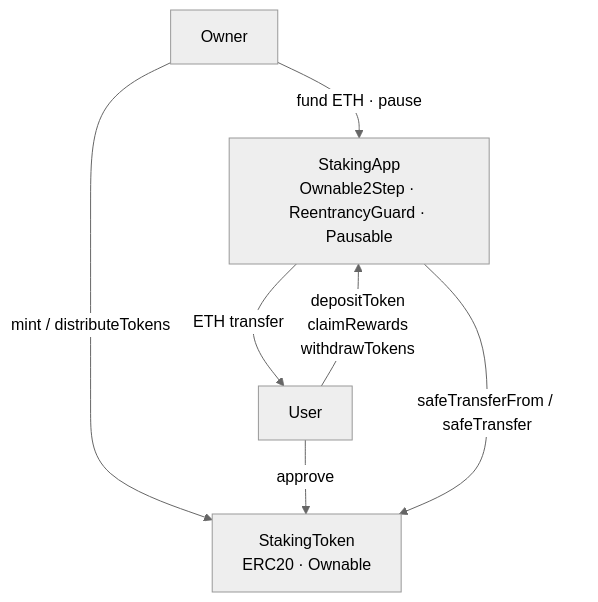
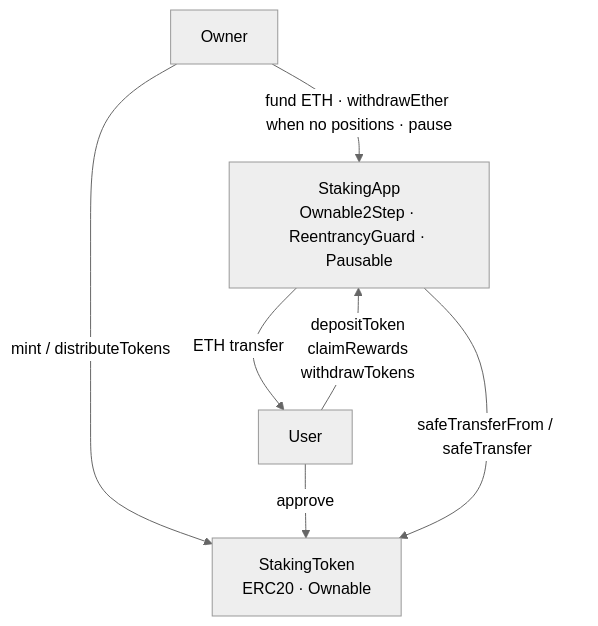
One commit to sergiiogg7/staking-protocol changed the first of 2 diagrams in README.md. Above: the diagram before and after it, drawn with Mermaid (neutral theme). The commit also changed other lines of this file and 7 other files, not shown here.

First line of the commit message:
feat: let the owner recover ETH only when no position is open

````diff
--- a/README.md
+++ b/README.md
@@ -32,9 +32,9 @@
 ```mermaid
 graph TD
     Owner -->|mint / distributeTokens| STK[StakingToken\nERC20 · Ownable]
-    Owner -->|fund ETH · pause| APP[StakingApp\nOwnable2Step · ReentrancyGuard · Pausable]
+    Owner -->|fund ETH · withdrawEther when no positions · pause| APP[StakingApp\nOwnable2Step · ReentrancyGuard · Pausable]
     User -->|approve| STK
     User -->|depositToken\nclaimRewards\nwithdrawTokens| APP
     APP -->|safeTransferFrom / safeTransfer| STK
     APP -->|ETH transfer| User
 ```
````
